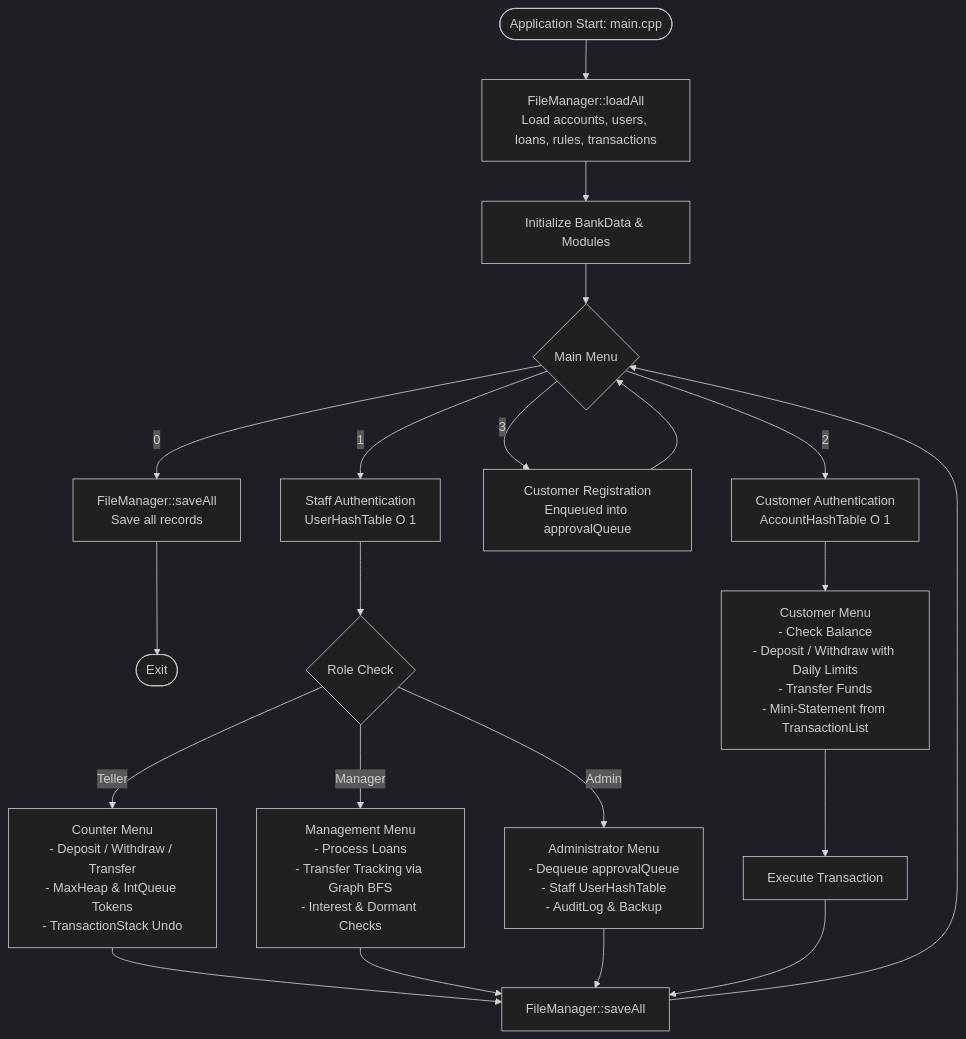
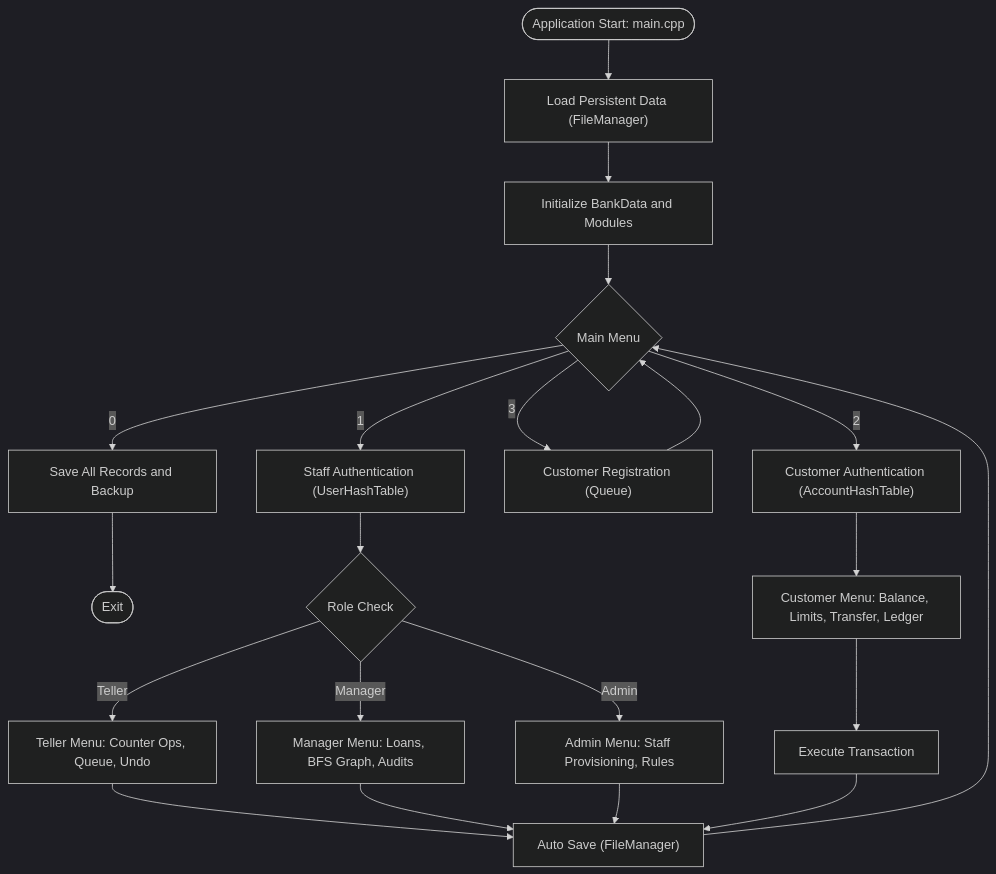
The diagram in README.md (Yash-Raj3/Bank-Management-System), drawn with Mermaid (dark theme) before and after one commit. The commit also changed other lines of this file, not shown here.

````diff
--- a/README.md
+++ b/README.md
@@ -66,29 +51,27 @@
 ```mermaid
 flowchart TD
-    Start([Application Start: main.cpp]) --> Load[FileManager::loadAll\nLoad accounts, users, loans, rules, transactions]
-    Load --> Init[Initialize BankData & Modules]
-    Init --> Menu{Main Menu}
+    Start(["Application Start: main.cpp"]) --> Load["Load Persistent Data (FileManager)"]
+    Load --> Init["Initialize BankData and Modules"]
+    Init --> Menu{"Main Menu"}
 
-    Menu -->|1| StaffLogin[Staff Authentication\nUserHashTable O 1]
-    Menu -->|2| CustomerLogin[Customer Authentication\nAccountHashTable O 1]
-    Menu -->|3| OpenAccount[Customer Registration\nEnqueued into approvalQueue]
-    Menu -->|0| SaveExit[FileManager::saveAll\nSave all records] --> End([Exit])
+    Menu -->|"1"| StaffLogin["Staff Authentication (UserHashTable)"]
+    Menu -->|"2"| CustomerLogin["Customer Authentication (AccountHashTable)"]
+    Menu -->|"3"| OpenAccount["Customer Registration (Queue)"]
+    Menu -->|"0"| SaveExit["Save All Records and Backup"] --> End(["Exit"])
 
     OpenAccount --> Menu
 
-    %% Staff Branch
-    StaffLogin --> RoleCheck{Role Check}
-    RoleCheck -->|Teller| TellerMenu[Counter Menu\n- Deposit / Withdraw / Transfer\n- MaxHeap & IntQueue Tokens\n- TransactionStack Undo]
-    RoleCheck -->|Manager| ManagerMenu[Management Menu\n- Process Loans\n- Transfer Tracking via Graph BFS\n- Interest & Dormant Checks]
-    RoleCheck -->|Admin| AdminMenu[Administrator Menu\n- Dequeue approvalQueue\n- Staff UserHashTable\n- AuditLog & Backup]
+    StaffLogin --> RoleCheck{"Role Check"}
+    RoleCheck -->|"Teller"| TellerMenu["Teller Menu: Counter Ops, Queue, Undo"]
+    RoleCheck -->|"Manager"| ManagerMenu["Manager Menu: Loans, BFS Graph, Audits"]
+    RoleCheck -->|"Admin"| AdminMenu["Admin Menu: Staff Provisioning, Rules"]
 
-    TellerMenu --> SaveAuto[FileManager::saveAll]
+    TellerMenu --> SaveAuto["Auto Save (FileManager)"]
     ManagerMenu --> SaveAuto
     AdminMenu --> SaveAuto
     SaveAuto --> Menu
 
-    %% Customer Branch
-    CustomerLogin --> CustMenu[Customer Menu\n- Check Balance\n- Deposit / Withdraw with Daily Limits\n- Transfer Funds\n- Mini-Statement from TransactionList]
-    CustMenu --> Transact[Execute Transaction]
+    CustomerLogin --> CustMenu["Customer Menu: Balance, Limits, Transfer, Ledger"]
+    CustMenu --> Transact["Execute Transaction"]
     Transact --> SaveAuto
 ```
````
